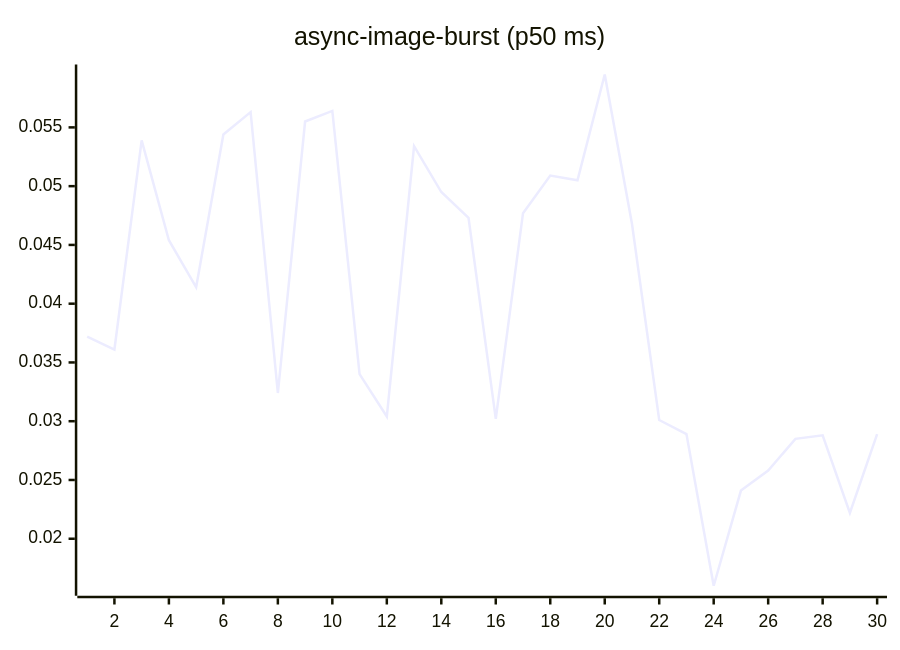
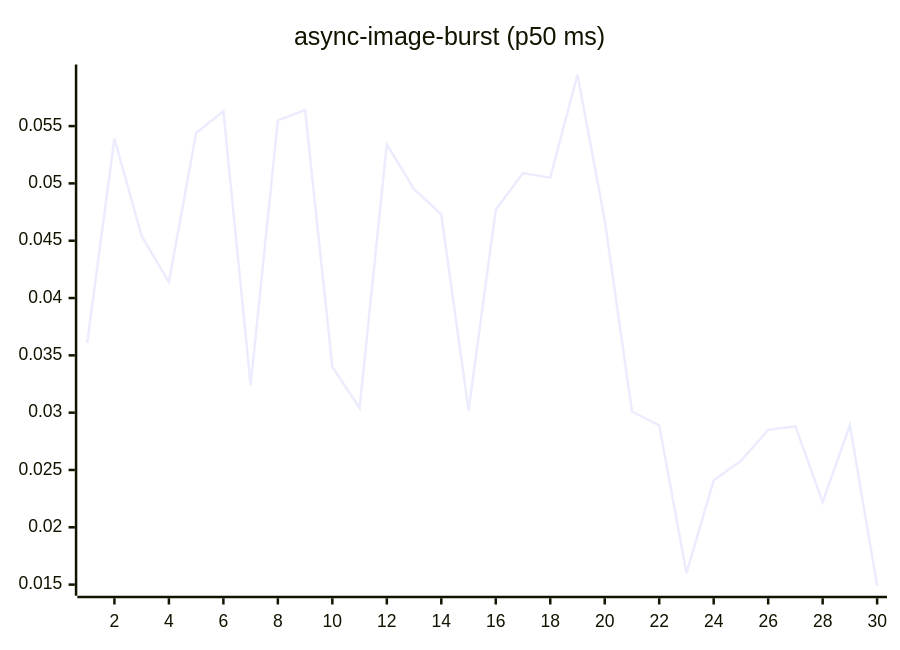
Before and after one commit to josha/Facet: the fourth of 27 diagrams in README.md, drawn with Mermaid. The commit also changed other lines of this file and 2 other files, not shown here.

````diff
--- a/README.md
+++ b/README.md
@@ -84,6 +84,6 @@
 ```mermaid
 xychart-beta
     title "async-image-burst (p50 ms)"
     x-axis 1 --> 30
-    line [0.0372, 0.0361, 0.0539, 0.0454, 0.0414, 0.0544, 0.0563, 0.0324, 0.0555, 0.0564, 0.0340, 0.0304, 0.0534, 0.0495, 0.0473, 0.0302, 0.0477, 0.0509, 0.0505, 0.0595, 0.0468, 0.0301, 0.0289, 0.0160, 0.0241, 0.0258, 0.0285, 0.0288, 0.0222, 0.0289]
+    line [0.0361, 0.0539, 0.0454, 0.0414, 0.0544, 0.0563, 0.0324, 0.0555, 0.0564, 0.0340, 0.0304, 0.0534, 0.0495, 0.0473, 0.0302, 0.0477, 0.0509, 0.0505, 0.0595, 0.0468, 0.0301, 0.0289, 0.0160, 0.0241, 0.0258, 0.0285, 0.0288, 0.0222, 0.0289, 0.0149]
 ```
````
